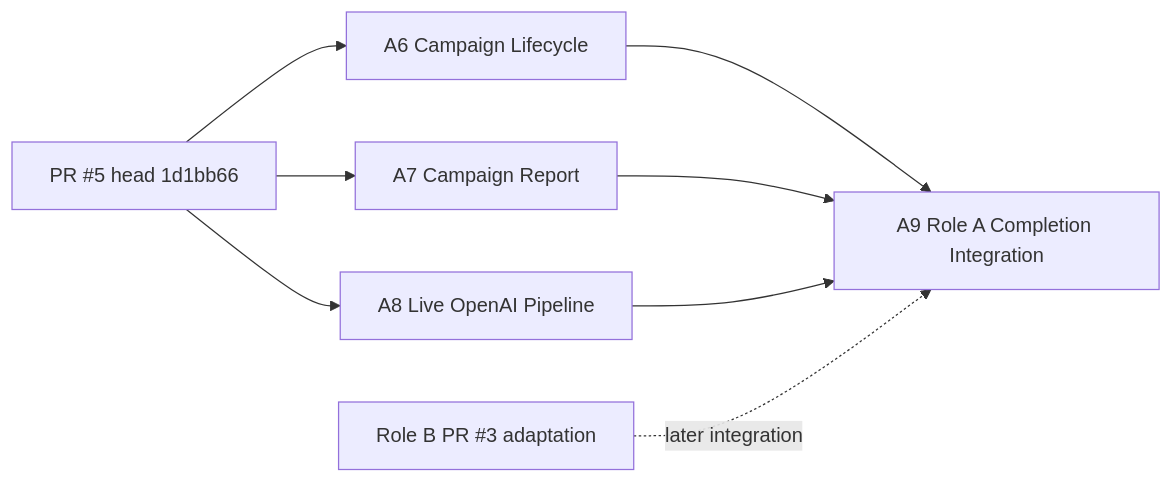
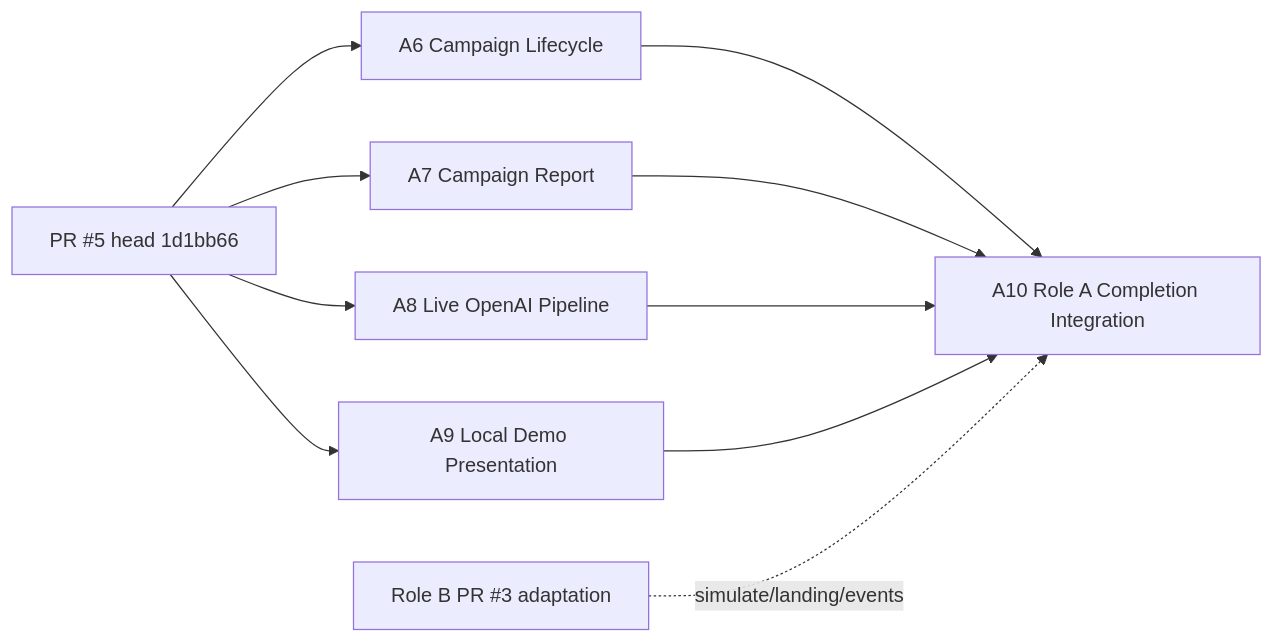
The diagram in docs/role-a-live-agents-lifecycle-report-plan.md (mistysya/hackathon_2026), drawn with Mermaid before and after one commit. The commit also changed other lines of this file, not shown here.

Commit message:
docs: add local demo presentation plan

````diff
--- a/docs/role-a-live-agents-lifecycle-report-plan.md
+++ b/docs/role-a-live-agents-lifecycle-report-plan.md
@@ -95,10 +131,12 @@
 ```mermaid
 flowchart LR
     P5[PR #5 head 1d1bb66] --> A6[A6 Campaign Lifecycle]
     P5 --> A7[A7 Campaign Report]
     P5 --> A8[A8 Live OpenAI Pipeline]
-    A6 --> A9[A9 Role A Completion Integration]
-    A7 --> A9
-    A8 --> A9
-    B[Role B PR #3 adaptation] -. later integration .-> A9
+    P5 --> A9[A9 Local Demo Presentation]
+    A6 --> A10[A10 Role A Completion Integration]
+    A7 --> A10
+    A8 --> A10
+    A9 --> A10
+    B[Role B PR #3 adaptation] -. simulate/landing/events .-> A10
 ```
````
